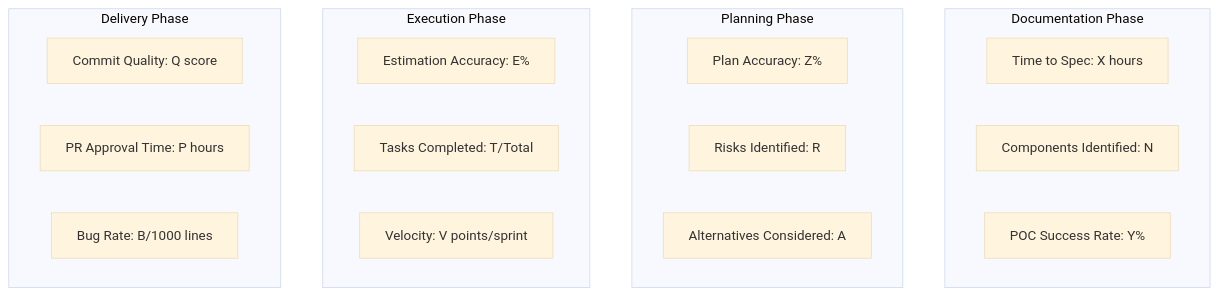
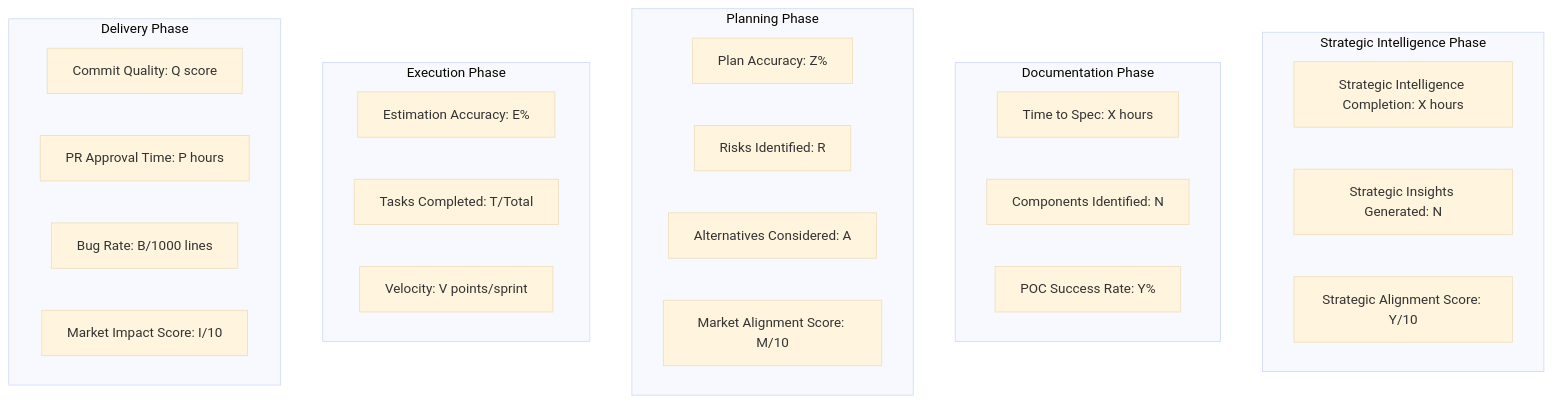
One commit to Mathews-Tom/sage-dev changed diagram 16 of 22 in commands/WORKFLOW.md. Above: the diagram before and after it, drawn with Mermaid (base theme). The commit also changed other lines of this file and 3 other files, not shown here.

First line of the commit message:
Add /strategic-intelligence command and integrate across docs; remove legacy gap analysis

````diff
--- a/commands/WORKFLOW.md
+++ b/commands/WORKFLOW.md
@@ -415,26 +480,34 @@
 ```mermaid
 graph TD
+    subgraph "Strategic Intelligence Phase"
+        M0[Strategic Intelligence Completion: X hours]
+        M01[Strategic Insights Generated: N]
+        M02[Strategic Alignment Score: Y/10]
+    end
+
     subgraph "Documentation Phase"
         M1[Time to Spec: X hours]
         M2[Components Identified: N]
         M3[POC Success Rate: Y%]
     end
-    
+
     subgraph "Planning Phase"
         M4[Plan Accuracy: Z%]
         M5[Risks Identified: R]
         M6[Alternatives Considered: A]
+        M7[Market Alignment Score: M/10]
     end
-    
+
     subgraph "Execution Phase"
-        M7[Estimation Accuracy: E%]
-        M8[Tasks Completed: T/Total]
-        M9[Velocity: V points/sprint]
+        M8[Estimation Accuracy: E%]
+        M9[Tasks Completed: T/Total]
+        M10[Velocity: V points/sprint]
     end
-    
+
     subgraph "Delivery Phase"
-        M10[Commit Quality: Q score]
-        M11[PR Approval Time: P hours]
-        M12[Bug Rate: B/1000 lines]
+        M11[Commit Quality: Q score]
+        M12[PR Approval Time: P hours]
+        M13[Bug Rate: B/1000 lines]
+        M14[Market Impact Score: I/10]
     end
 ```
````
